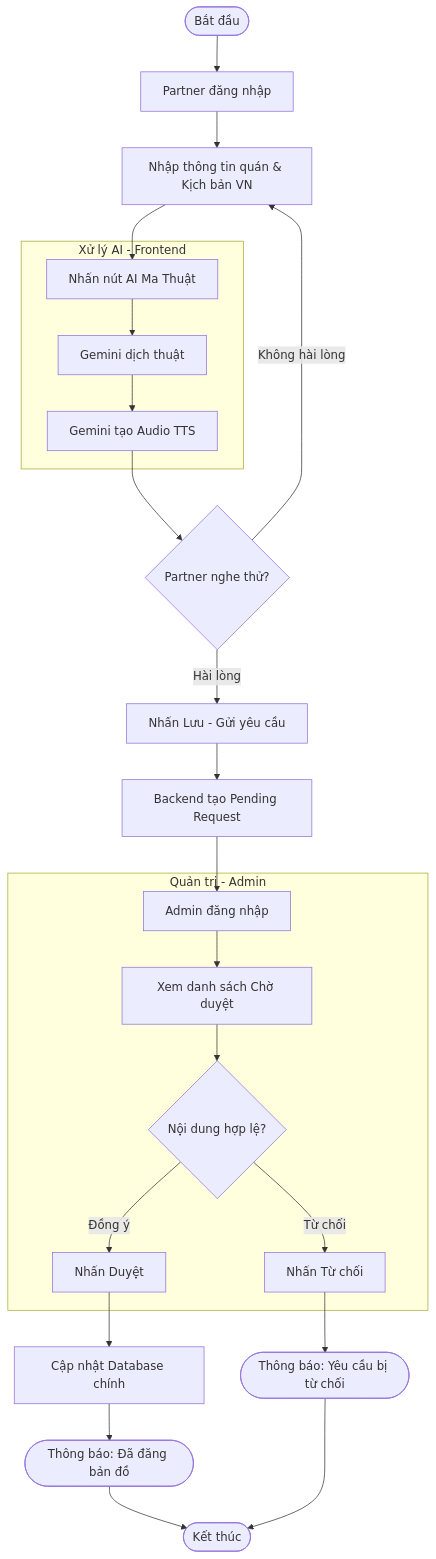
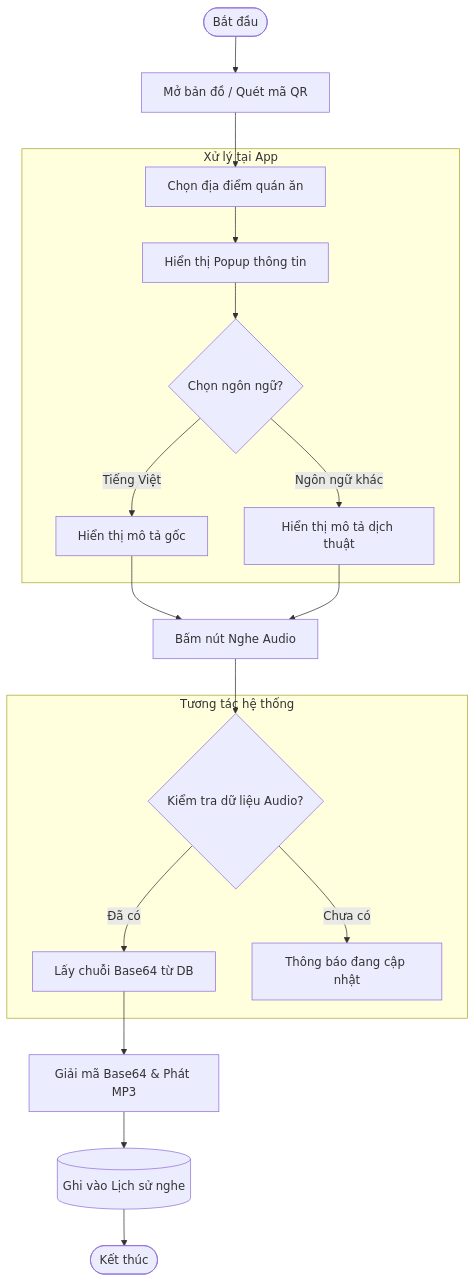
Before and after one commit to DuyKhoiCoder30062004/V-nh-Kh-nh-B-n-Cu-i: the first of 2 diagrams in ACTIVITY_DIAGRAM.md, drawn with Mermaid. The commit also changed other lines of this file and 2 other files, not shown here.

First line of the commit message:
docs: Refactor diagrams to VoiceMap SaaS context

````diff
--- a/ACTIVITY_DIAGRAM.md
+++ b/ACTIVITY_DIAGRAM.md
@@ -7,35 +9,26 @@
 ```mermaid
 flowchart TD
-    Start([Bắt đầu]) --> Login[Partner đăng nhập]
-    Login --> Input[Nhập thông tin quán & Kịch bản VN]
+    Start([Bắt đầu]) --> OpenMap[Mở bản đồ / Quét mã QR]
+    OpenMap --> SelectPOI[Chọn địa điểm quán ăn]
     
-    subgraph AI_Process [Xử lý AI - Frontend]
-        PressAI[Nhấn nút AI Ma Thuật] --> GeminiTrans[Gemini dịch thuật]
-        GeminiTrans --> GeminiTTS[Gemini tạo Audio TTS]
+    subgraph Frontend_Logic [Xử lý tại App]
+        SelectPOI --> ShowPopup[Hiển thị Popup thông tin]
+        ShowPopup --> SelectLang{Chọn ngôn ngữ?}
+        SelectLang -- "Tiếng Việt" --> SetVI[Hiển thị mô tả gốc]
+        SelectLang -- "Ngôn ngữ khác" --> SetForeign[Hiển thị mô tả dịch thuật]
     end
+
+    SetVI --> ClickPlay[Bấm nút Nghe Audio]
+    SetForeign --> ClickPlay
+
+    ClickPlay --> CheckCache{Kiểm tra dữ liệu Audio?}
     
-    Input --> PressAI
-    GeminiTTS --> Review{Partner nghe thử?}
-    
-    Review -- "Không hài lòng" --> Input
-    Review -- "Hài lòng" --> Save[Nhấn Lưu - Gửi yêu cầu]
-    
-    Save --> Backend[Backend tạo Pending Request]
-    
-    subgraph Admin_Process [Quản trị - Admin]
-        AdminLogin[Admin đăng nhập] --> ViewReq[Xem danh sách Chờ duyệt]
-        ViewReq --> Check{Nội dung hợp lệ?}
-        Check -- "Đồng ý" --> Approve[Nhấn Duyệt]
-        Check -- "Từ chối" --> Reject[Nhấn Từ chối]
+    subgraph Data_Retrieval [Tương tác hệ thống]
+        CheckCache -- "Đã có" --> GetB64[Lấy chuỗi Base64 từ DB]
+        CheckCache -- "Chưa có" --> ErrorAlert[Thông báo đang cập nhật]
     end
-    
-    Backend --> AdminLogin
-    
-    Approve --> UpdateDB[Cập nhật Database chính]
-    UpdateDB --> NotifyApprove([Thông báo: Đã đăng bản đồ])
-    
-    Reject --> NotifyReject([Thông báo: Yêu cầu bị từ chối])
-    
-    NotifyApprove --> End([Kết thúc])
-    NotifyReject --> End
+
+    GetB64 --> PlayAudio[Giải mã Base64 & Phát MP3]
+    PlayAudio --> LogHistory[(Ghi vào Lịch sử nghe)]
+    LogHistory --> End([Kết thúc])
 ```
````
